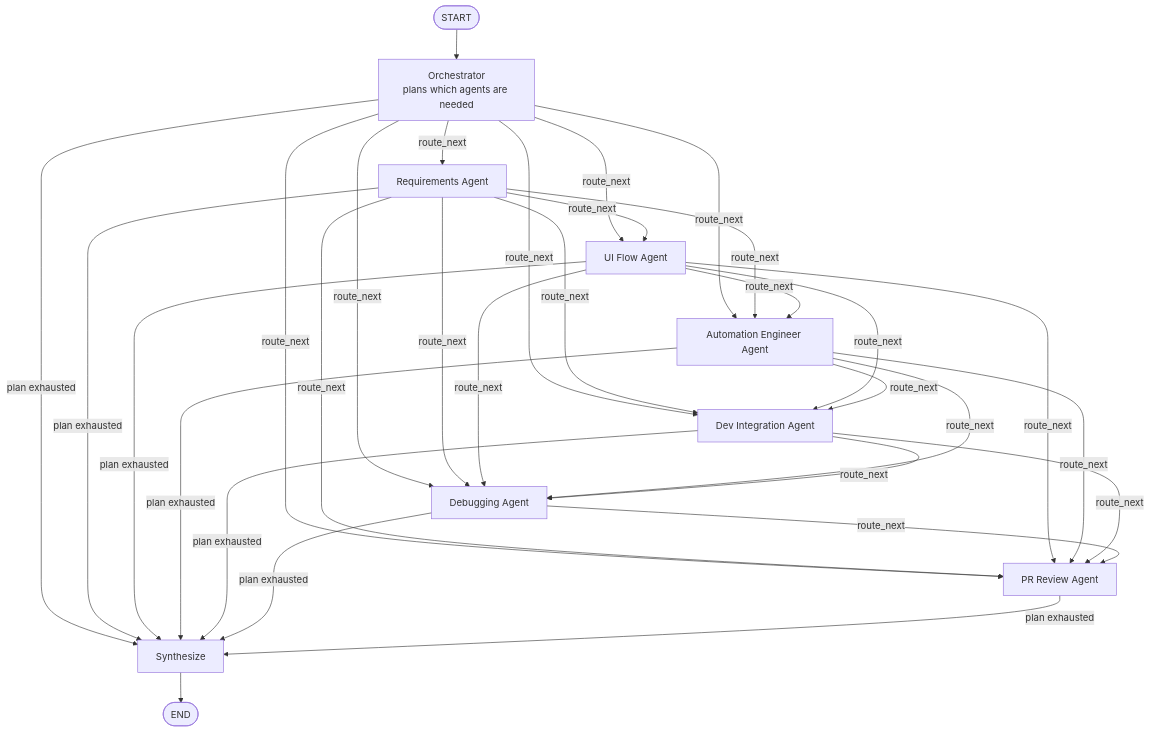
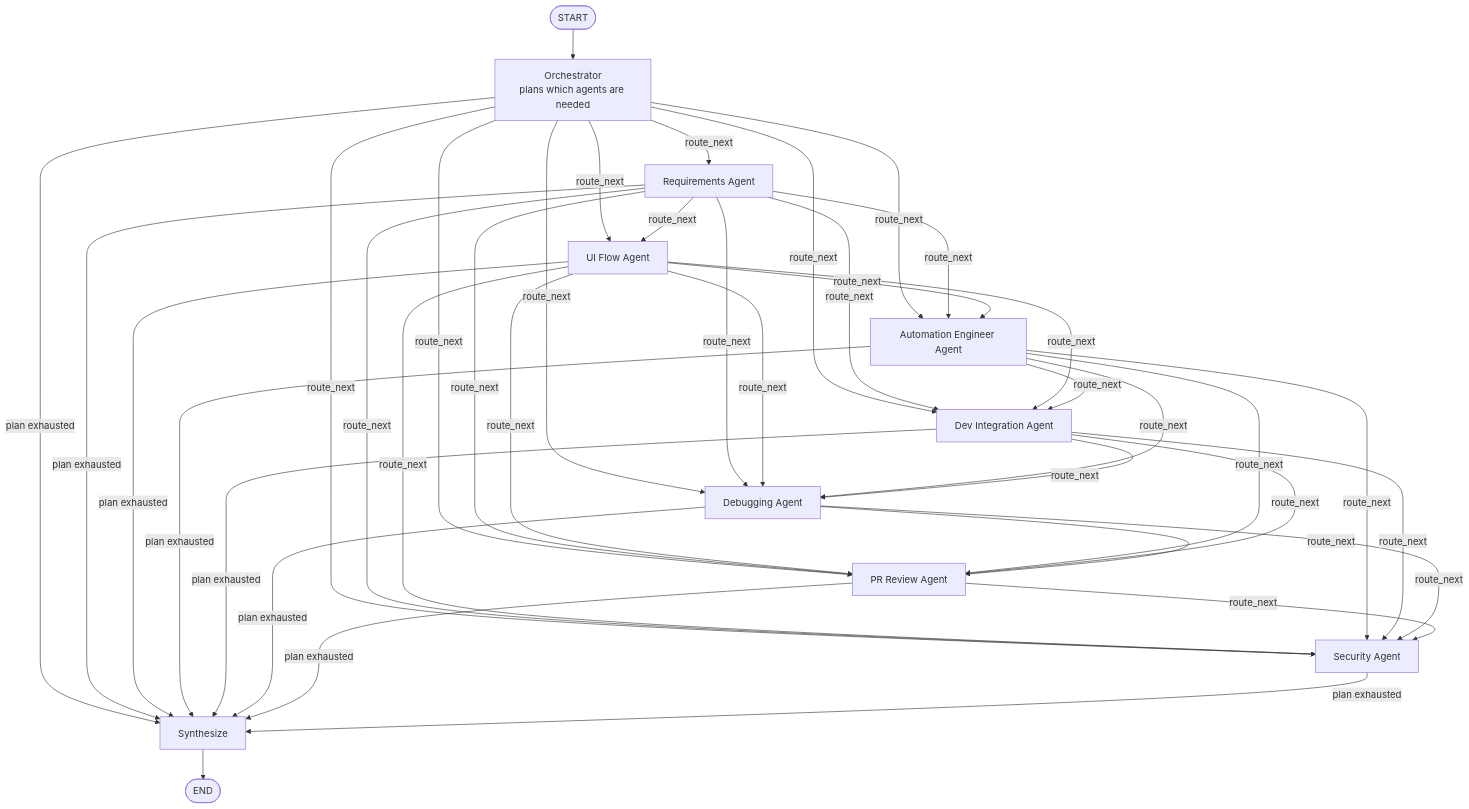
One commit to bennhub/GitHub-QA-Portfolio changed the diagram in AI-QA/Multi-Agent-Workflows/diagrams/workflow-diagram.md. Above: the diagram before and after it, drawn with Mermaid. The commit also changed 5 other files, not shown here.

First line of the commit message:
Add a Security Agent grounded in OWASP Top 10 and real repo findings

````diff
--- a/AI-QA/Multi-Agent-Workflows/diagrams/workflow-diagram.md
+++ b/AI-QA/Multi-Agent-Workflows/diagrams/workflow-diagram.md
@@ -8,41 +8,50 @@
 ```mermaid
 flowchart TD
     START([START]) --> ORCH[Orchestrator<br/>plans which agents are needed]
 
     ORCH -->|route_next| REQ[Requirements Agent]
     ORCH -->|route_next| UI[UI Flow Agent]
     ORCH -->|route_next| AUTO[Automation Engineer Agent]
     ORCH -->|route_next| DEV[Dev Integration Agent]
     ORCH -->|route_next| DEBUG[Debugging Agent]
     ORCH -->|route_next| PR[PR Review Agent]
+    ORCH -->|route_next| SEC[Security Agent]
     ORCH -->|plan exhausted| SYN[Synthesize]
 
     REQ -->|route_next| UI
     REQ -->|route_next| AUTO
     REQ -->|route_next| DEV
     REQ -->|route_next| DEBUG
     REQ -->|route_next| PR
+    REQ -->|route_next| SEC
     REQ -->|plan exhausted| SYN
 
     UI -->|route_next| AUTO
     UI -->|route_next| DEV
     UI -->|route_next| DEBUG
     UI -->|route_next| PR
+    UI -->|route_next| SEC
     UI -->|plan exhausted| SYN
 
     AUTO -->|route_next| DEV
     AUTO -->|route_next| DEBUG
     AUTO -->|route_next| PR
+    AUTO -->|route_next| SEC
     AUTO -->|plan exhausted| SYN
 
     DEV -->|route_next| DEBUG
     DEV -->|route_next| PR
+    DEV -->|route_next| SEC
     DEV -->|plan exhausted| SYN
 
     DEBUG -->|route_next| PR
+    DEBUG -->|route_next| SEC
     DEBUG -->|plan exhausted| SYN
 
+    PR -->|route_next| SEC
     PR -->|plan exhausted| SYN
+
+    SEC -->|plan exhausted| SYN
 
     SYN --> END([END])
 ```
````
